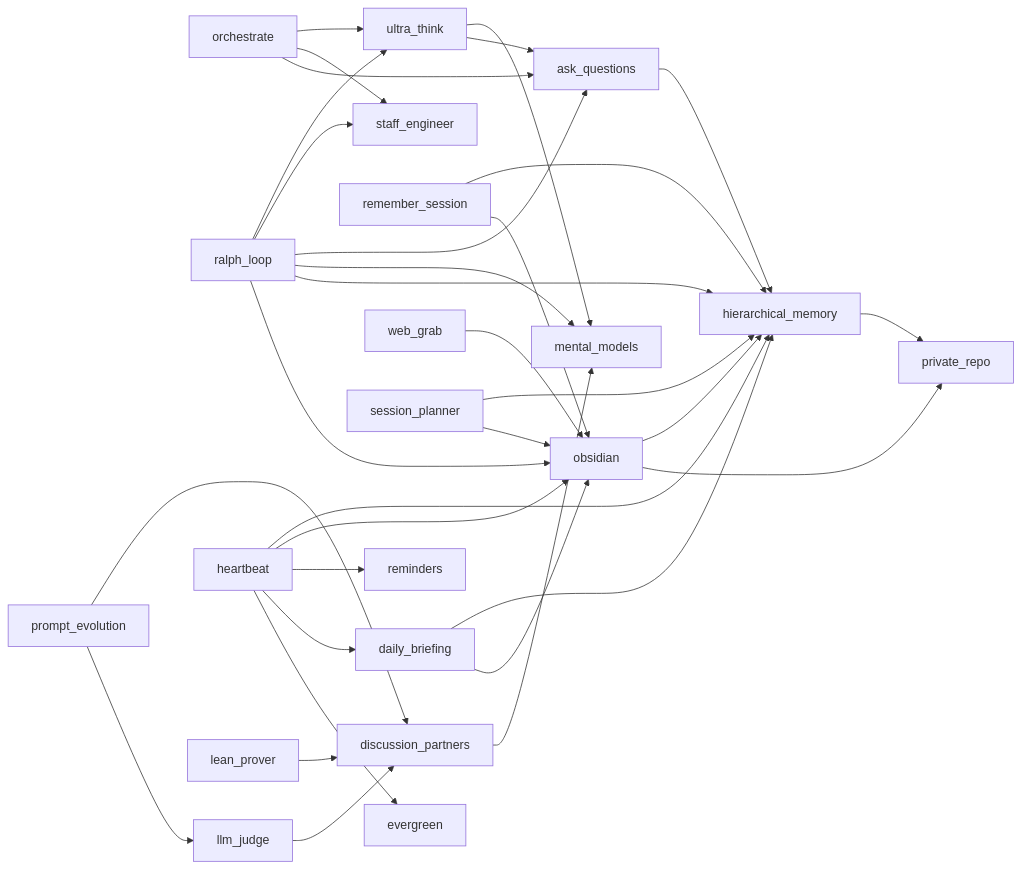
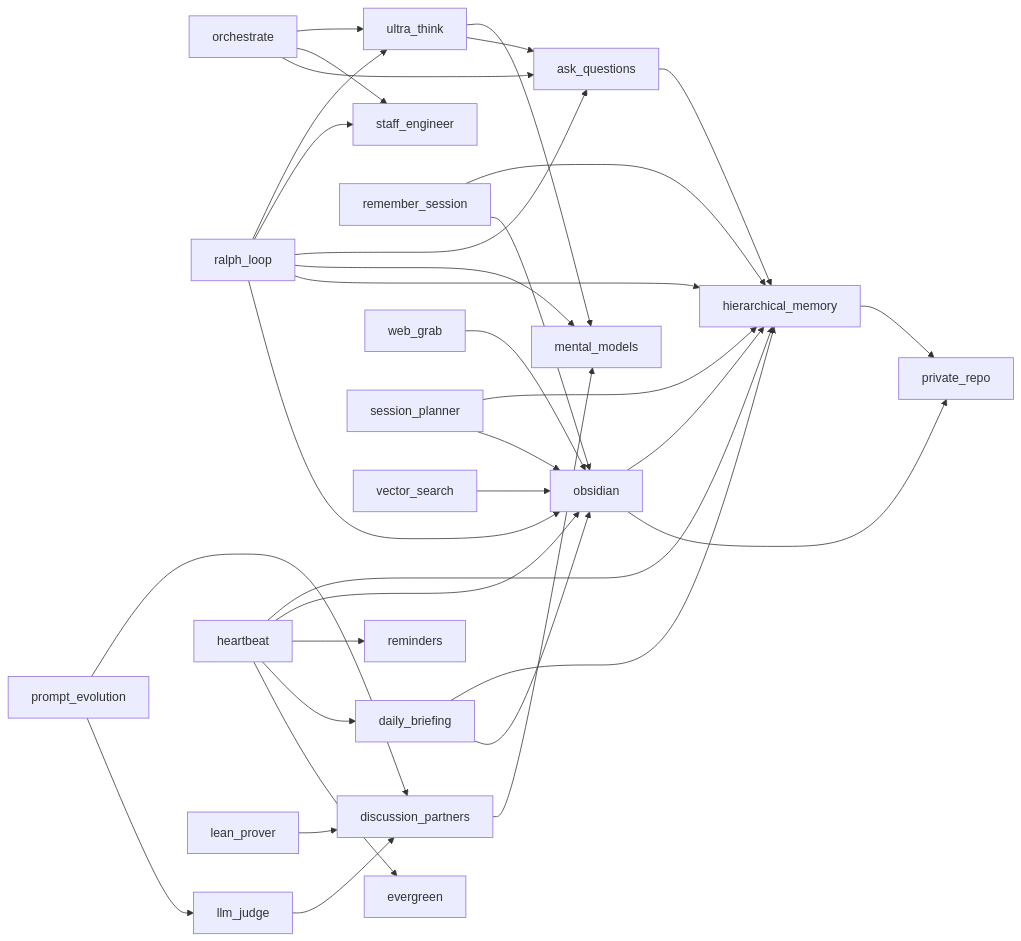
Before and after one commit to zachmayer/skills: the diagram in README.md, drawn with Mermaid. The commit also changed other lines of this file and 3 other files, not shown here.

First line of the commit message:
Add vector_search skill with local sentence-transformers + usearch

````diff
--- a/README.md
+++ b/README.md
@@ -98,35 +99,36 @@
 ```mermaid
 graph LR
     orchestrate --> ultra_think
     orchestrate --> staff_engineer
     orchestrate --> ask_questions
     ralph_loop --> ultra_think
     ralph_loop --> staff_engineer
     ralph_loop --> ask_questions
     ralph_loop --> mental_models
     ralph_loop --> hierarchical_memory
     ralph_loop --> obsidian
     ultra_think --> mental_models
     ultra_think --> ask_questions
     ask_questions --> hierarchical_memory
     prompt_evolution --> discussion_partners
     prompt_evolution --> llm_judge
     llm_judge --> discussion_partners
     discussion_partners --> mental_models
     remember_session --> hierarchical_memory
     remember_session --> obsidian
     heartbeat --> hierarchical_memory
     heartbeat --> obsidian
     heartbeat --> reminders
     heartbeat --> daily_briefing
     heartbeat --> evergreen
     obsidian --> hierarchical_memory
     obsidian --> private_repo
     hierarchical_memory --> private_repo
     web_grab --> obsidian
     lean_prover --> discussion_partners
     session_planner --> hierarchical_memory
     session_planner --> obsidian
     daily_briefing --> hierarchical_memory
     daily_briefing --> obsidian
+    vector_search --> obsidian
 ```
````
